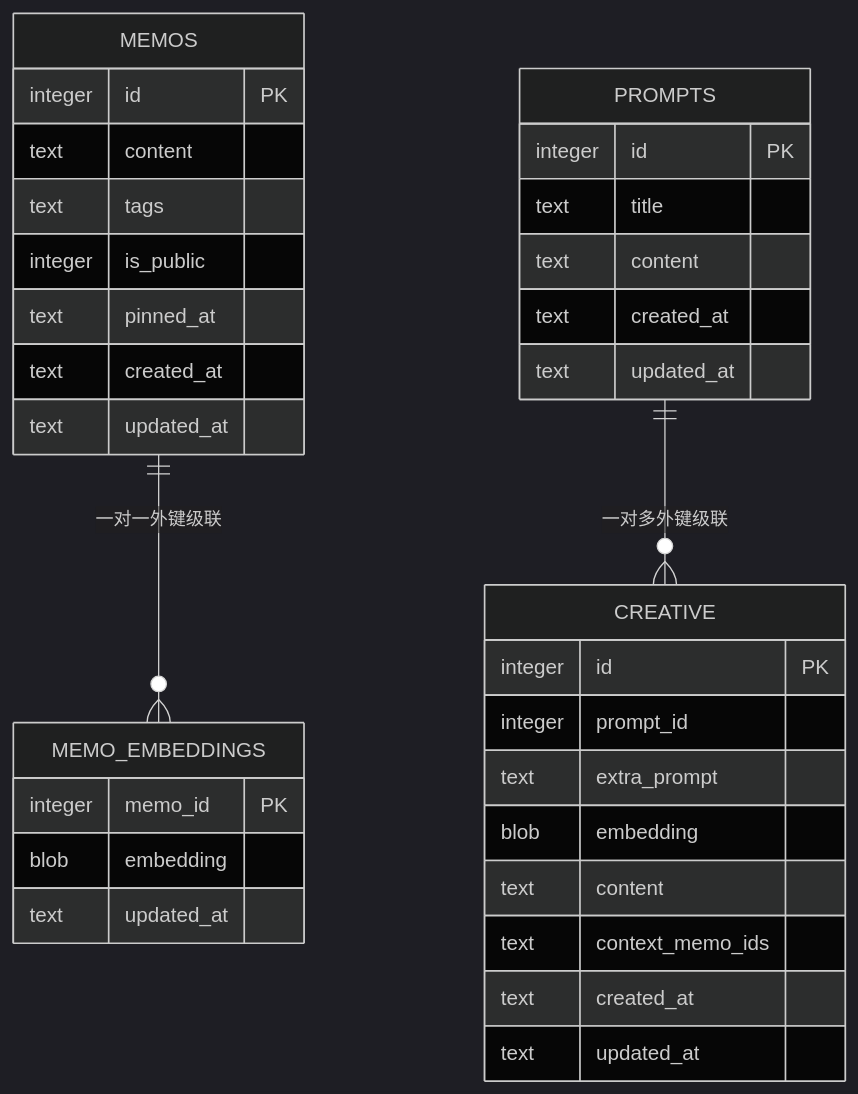
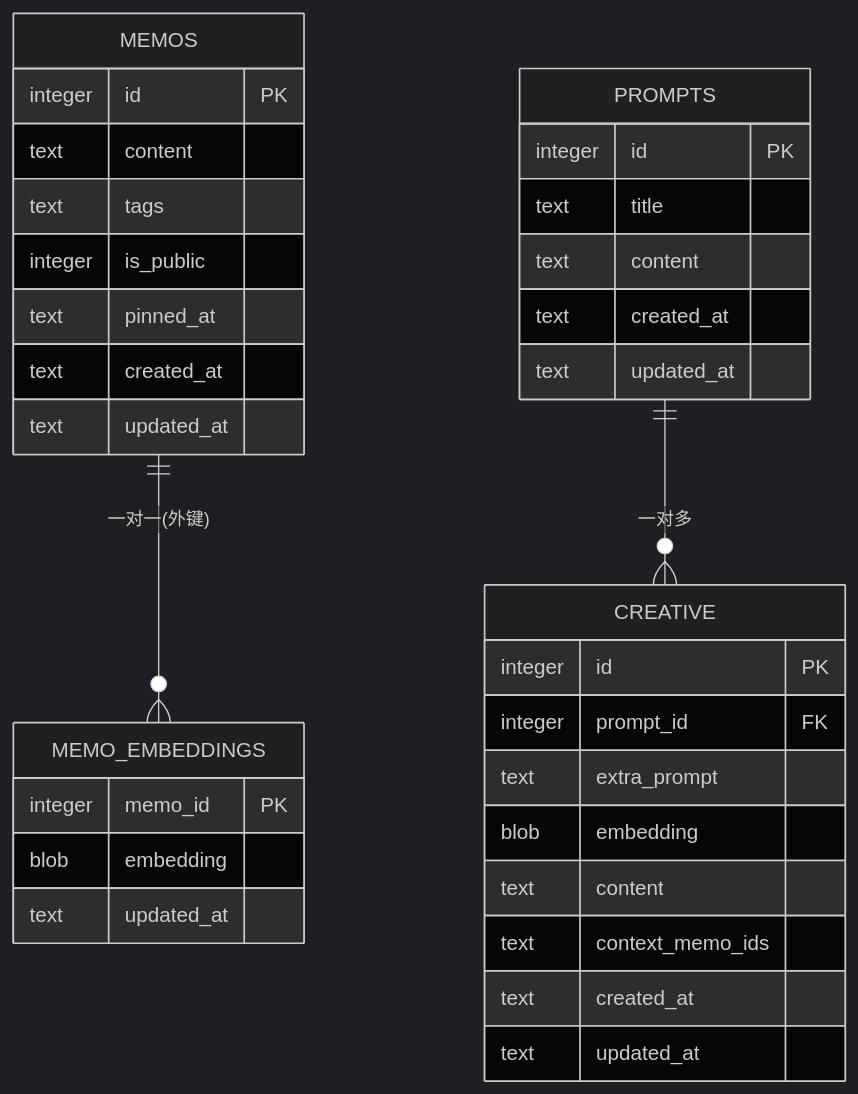
The second of 6 diagrams in .qoder/repowiki/zh/content/数据库设计.md (BlackBoxRecorder/memos), drawn with Mermaid (dark theme) before and after one commit. The commit also changed other lines of this file and 83 other files, not shown here.

````diff
--- a/.qoder/repowiki/zh/content/数据库设计.md
+++ b/.qoder/repowiki/zh/content/数据库设计.md
@@ -195,36 +76,36 @@
 ```mermaid
 erDiagram
 MEMOS {
 integer id PK
 text content
 text tags
 integer is_public
 text pinned_at
 text created_at
 text updated_at
 }
 MEMO_EMBEDDINGS {
 integer memo_id PK
 blob embedding
 text updated_at
 }
 PROMPTS {
 integer id PK
 text title
 text content
 text created_at
 text updated_at
 }
 CREATIVE {
 integer id PK
-integer prompt_id
+integer prompt_id FK
 text extra_prompt
 blob embedding
 text content
 text context_memo_ids
 text created_at
 text updated_at
 }
-MEMOS ||--o{ MEMO_EMBEDDINGS : "一对一外键级联"
-PROMPTS ||--o{ CREATIVE : "一对多外键级联"
+MEMOS ||--o{ MEMO_EMBEDDINGS : "一对一(外键)"
+PROMPTS ||--o{ CREATIVE : "一对多"
 ```
````
